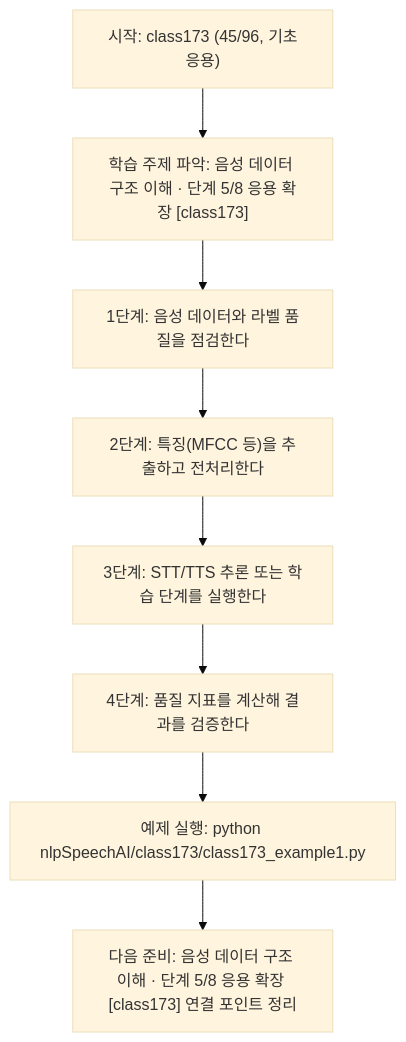
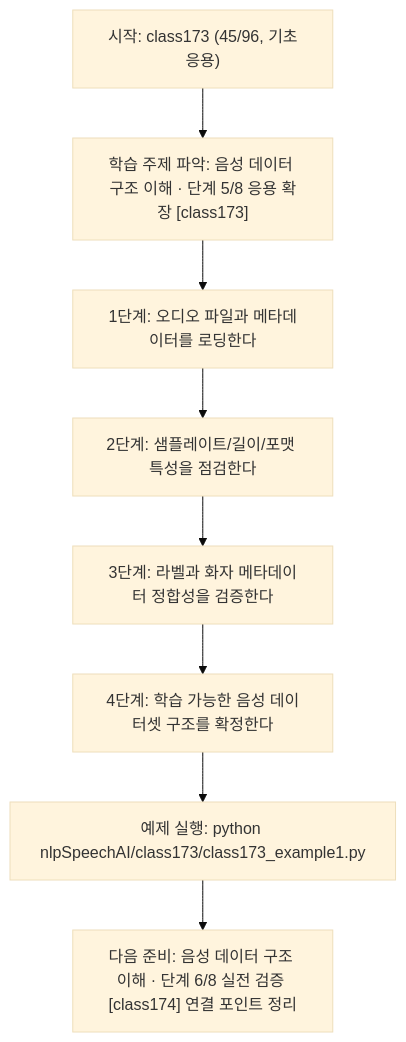
The diagram in nlpSpeechAI/class173/class173.md (edumgt/Python-AI_Agent-Class), drawn with Mermaid (base theme) before and after one commit. The commit also changed other lines of this file and 1122 other files, not shown here.

````diff
--- a/nlpSpeechAI/class173/class173.md
+++ b/nlpSpeechAI/class173/class173.md
@@ -115,18 +95,18 @@
 ```mermaid
 flowchart TD
 N1["시작: class173 (45/96, 기초응용)"]
 N2["학습 주제 파악: 음성 데이터 구조 이해 · 단계 5/8 응용 확장 [class173]"]
-N3["1단계: 음성 데이터와 라벨 품질을 점검한다"]
-N4["2단계: 특징(MFCC 등)을 추출하고 전처리한다"]
-N5["3단계: STT/TTS 추론 또는 학습 단계를 실행한다"]
-N6["4단계: 품질 지표를 계산해 결과를 검증한다"]
+N3["1단계: 오디오 파일과 메타데이터를 로딩한다"]
+N4["2단계: 샘플레이트/길이/포맷 특성을 점검한다"]
+N5["3단계: 라벨과 화자 메타데이터 정합성을 검증한다"]
+N6["4단계: 학습 가능한 음성 데이터셋 구조를 확정한다"]
 N7["예제 실행: python nlpSpeechAI/class173/class173_example1.py"]
-N8["다음 준비: 음성 데이터 구조 이해 · 단계 5/8 응용 확장 [class173] 연결 포인트 정리"]
+N8["다음 준비: 음성 데이터 구조 이해 · 단계 6/8 실전 검증 [class174] 연결 포인트 정리"]
 N1 --> N2
 N2 --> N3
 N3 --> N4
 N4 --> N5
 N5 --> N6
 N6 --> N7
 N7 --> N8
 ```
````
